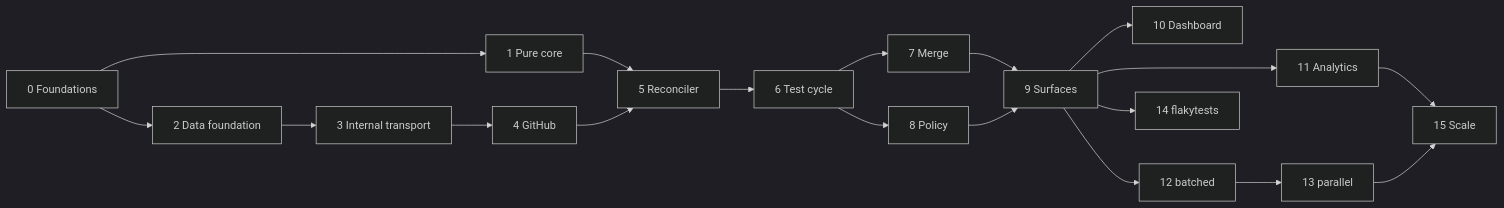
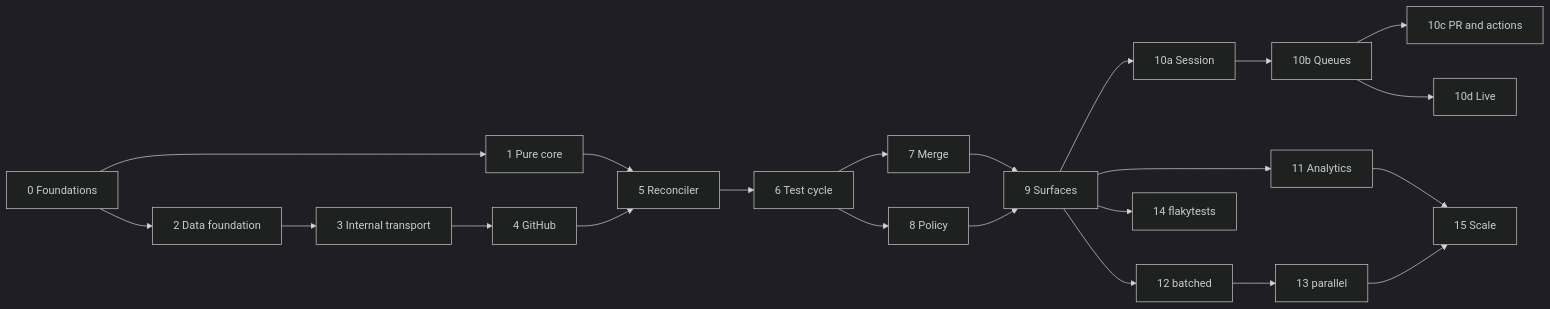
Before and after one commit to getcihub/cihub: the diagram in specs/LOTS.md, drawn with Mermaid (dark theme). The commit also changed other lines of this file and 262 other files, not shown here.

````diff
--- a/specs/LOTS.md
+++ b/specs/LOTS.md
@@ -52,21 +55,24 @@
 ```mermaid
 flowchart LR
   L0[0 Foundations] --> L1[1 Pure core]
   L0 --> L2[2 Data foundation]
   L2 --> L3[3 Internal transport]
   L3 --> L4[4 GitHub]
   L1 --> L5[5 Reconciler]
   L4 --> L5
   L5 --> L6[6 Test cycle]
   L6 --> L7[7 Merge]
   L6 --> L8[8 Policy]
   L7 --> L9[9 Surfaces]
   L8 --> L9
-  L9 --> L10[10 Dashboard]
+  L9 --> L10a[10a Session]
+  L10a --> L10b[10b Queues]
+  L10b --> L10c[10c PR and actions]
+  L10b --> L10d[10d Live]
   L9 --> L11[11 Analytics]
   L9 --> L12[12 batched]
   L9 --> L14[14 flakytests]
   L12 --> L13[13 parallel]
   L11 --> L15[15 Scale]
   L13 --> L15
 ```
````
